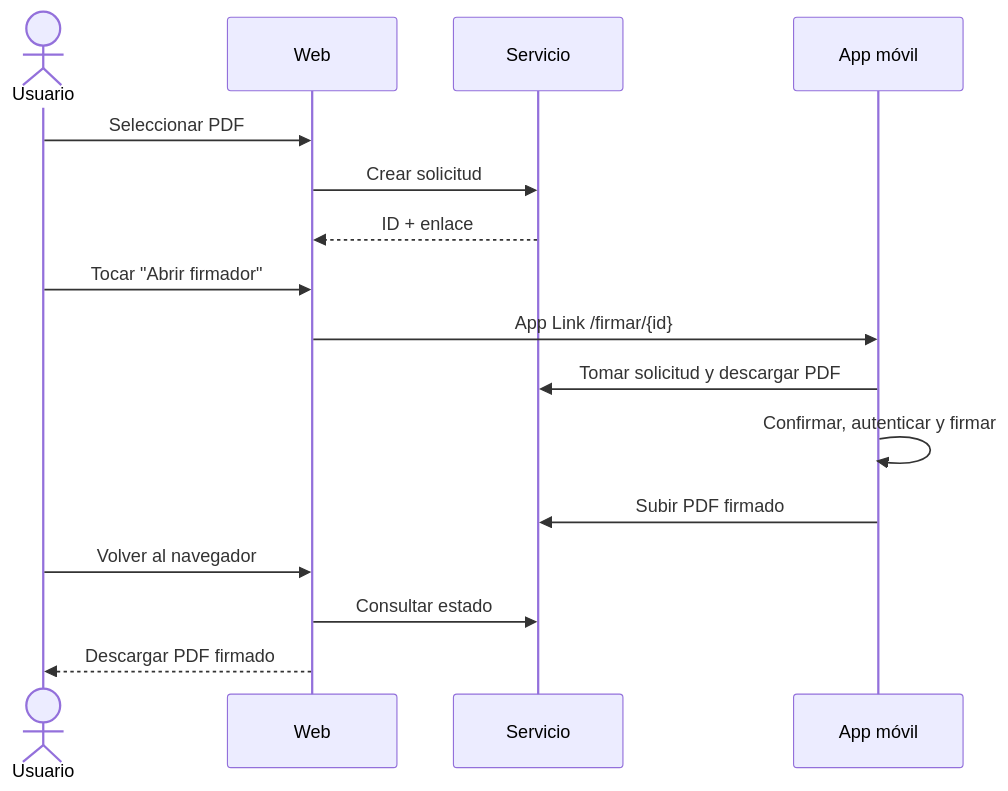
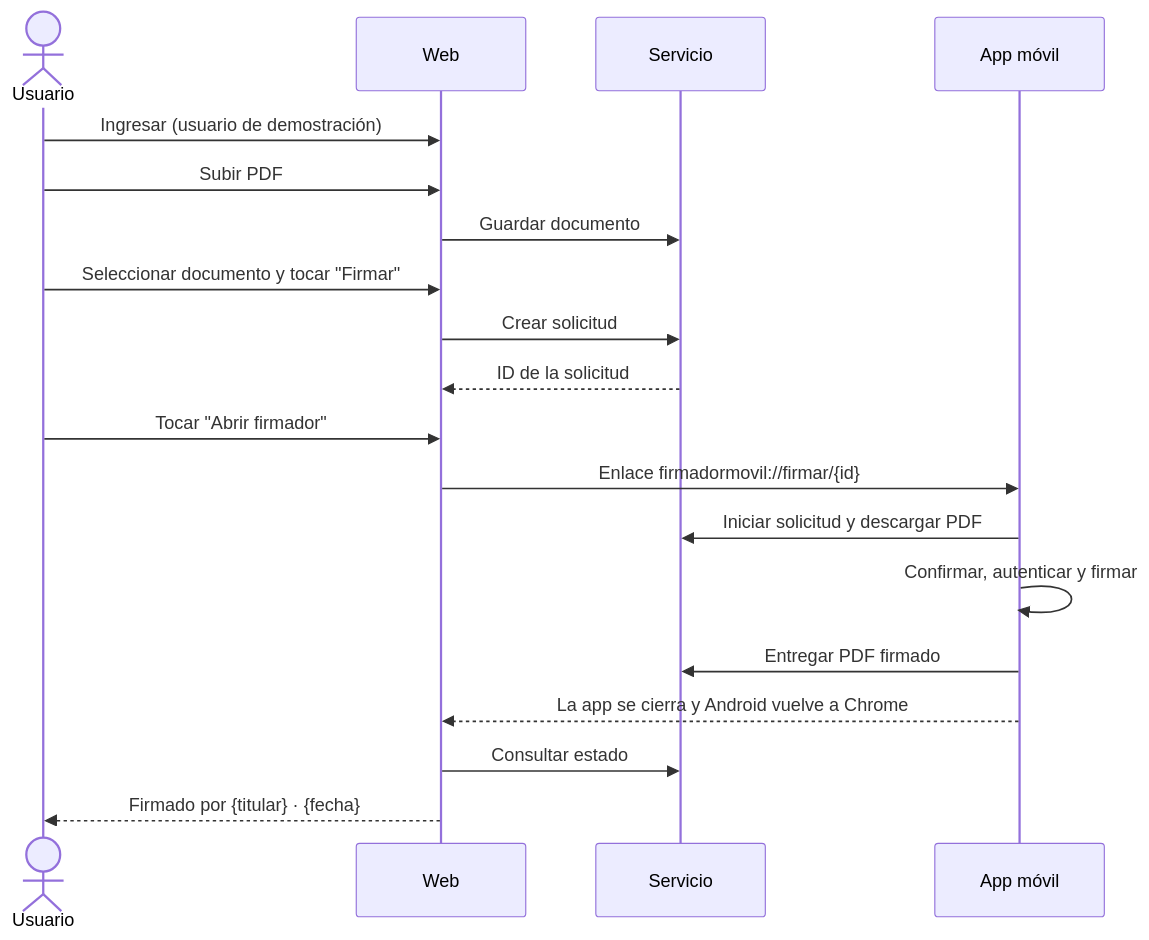
The diagram in README.md (AlexQuispe/firmador-cliente), drawn with Mermaid before and after one commit. The commit also changed other lines of this file and 2 other files, not shown here.

````diff
--- a/README.md
+++ b/README.md
@@ -9,18 +9,21 @@
 ```mermaid
 sequenceDiagram
     actor U as Usuario
     participant W as Web
     participant S as Servicio
     participant M as App móvil
-    U->>W: Seleccionar PDF
+    U->>W: Ingresar (usuario de demostración)
+    U->>W: Subir PDF
+    W->>S: Guardar documento
+    U->>W: Seleccionar documento y tocar "Firmar"
     W->>S: Crear solicitud
-    S-->>W: ID + enlace
+    S-->>W: ID de la solicitud
     U->>W: Tocar "Abrir firmador"
-    W->>M: App Link /firmar/{id}
-    M->>S: Tomar solicitud y descargar PDF
+    W->>M: Enlace firmadormovil://firmar/{id}
+    M->>S: Iniciar solicitud y descargar PDF
     M->>M: Confirmar, autenticar y firmar
-    M->>S: Subir PDF firmado
-    U->>W: Volver al navegador
+    M->>S: Entregar PDF firmado
+    M-->>W: La app se cierra y Android vuelve a Chrome
     W->>S: Consultar estado
-    W-->>U: Descargar PDF firmado
+    W-->>U: Firmado por {titular} · {fecha}
 ```
````
